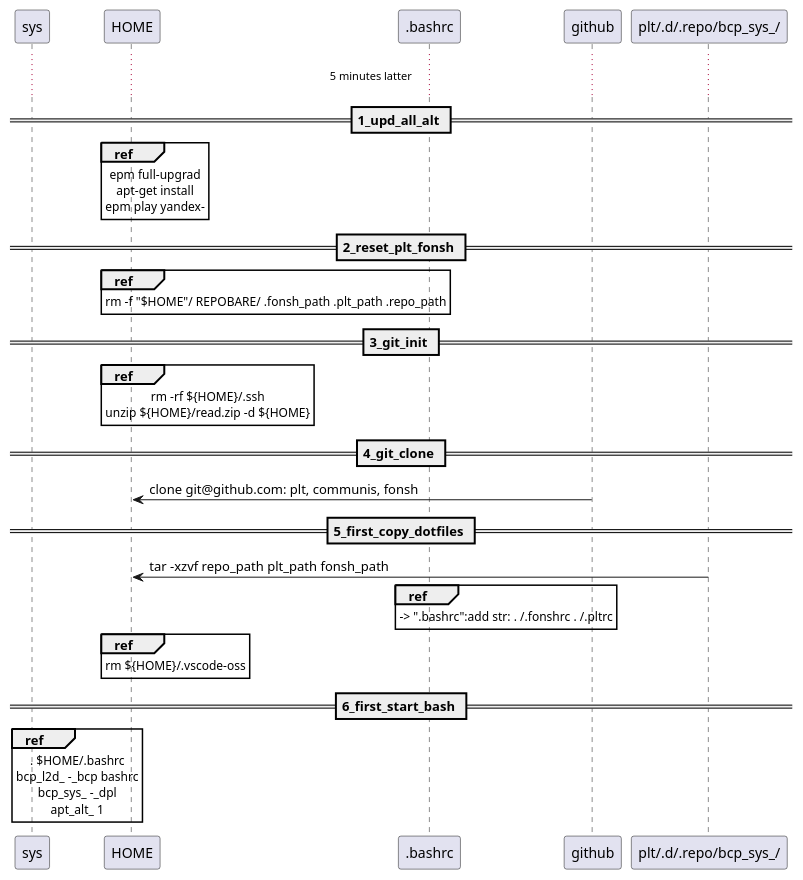
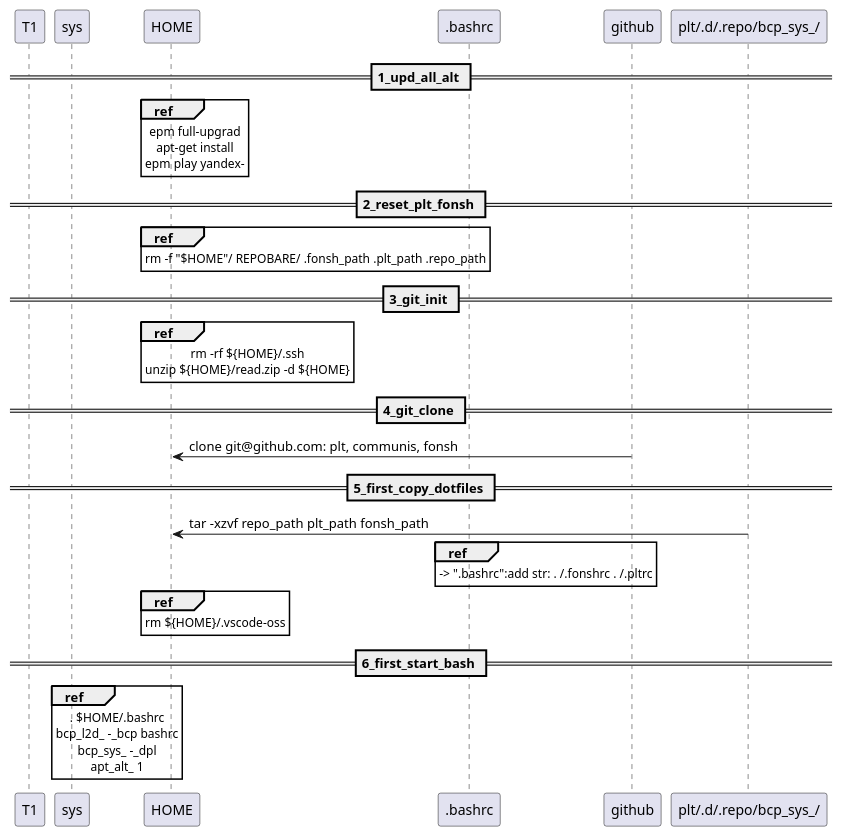
Before and after one commit to legioner9/plt: the diagram in .d/.read/plt_init.sh.puml, drawn with PlantUML.

```diff
--- a/.d/.read/plt_init.sh.puml
+++ b/.d/.read/plt_init.sh.puml
@@ -1,37 +1,36 @@
 @startuml
+participant T1
 participant sys
 participant HOME
 participant ".bashrc"
-...5 minutes latter...
 
 == 1_upd_all_alt ==
 ref over HOME
 epm full-upgrad
 apt-get install
 epm play yandex-
 end ref
-' fonsh plt
 
 == 2_reset_plt_fonsh ==
 ref over HOME : rm -f "$HOME"/ REPOBARE/ .fonsh_path .plt_path .repo_path
 == 3_git_init ==
 ref over HOME
 rm -rf ${HOME}/.ssh
 unzip ${HOME}/read.zip -d ${HOME}
 end ref
 == 4_git_clone ==
 github -> HOME: clone git@github.com: plt, communis, fonsh
 == 5_first_copy_dotfiles ==
 "plt/.d/.repo/bcp_sys_/" -> HOME:tar -xzvf repo_path plt_path fonsh_path
 ref over ".bashrc" : -> ".bashrc":add str: . ~/.fonshrc . ~/.pltrc
 ref over HOME : rm ${HOME}/.vscode-oss
 == 6_first_start_bash ==
-ref over sys 
+ref over sys
 . $HOME/.bashrc
 bcp_l2d_ -_bcp bashrc
 bcp_sys_ -_dpl
 apt_alt_ 1
 end ref
 
 
 @enduml
```
